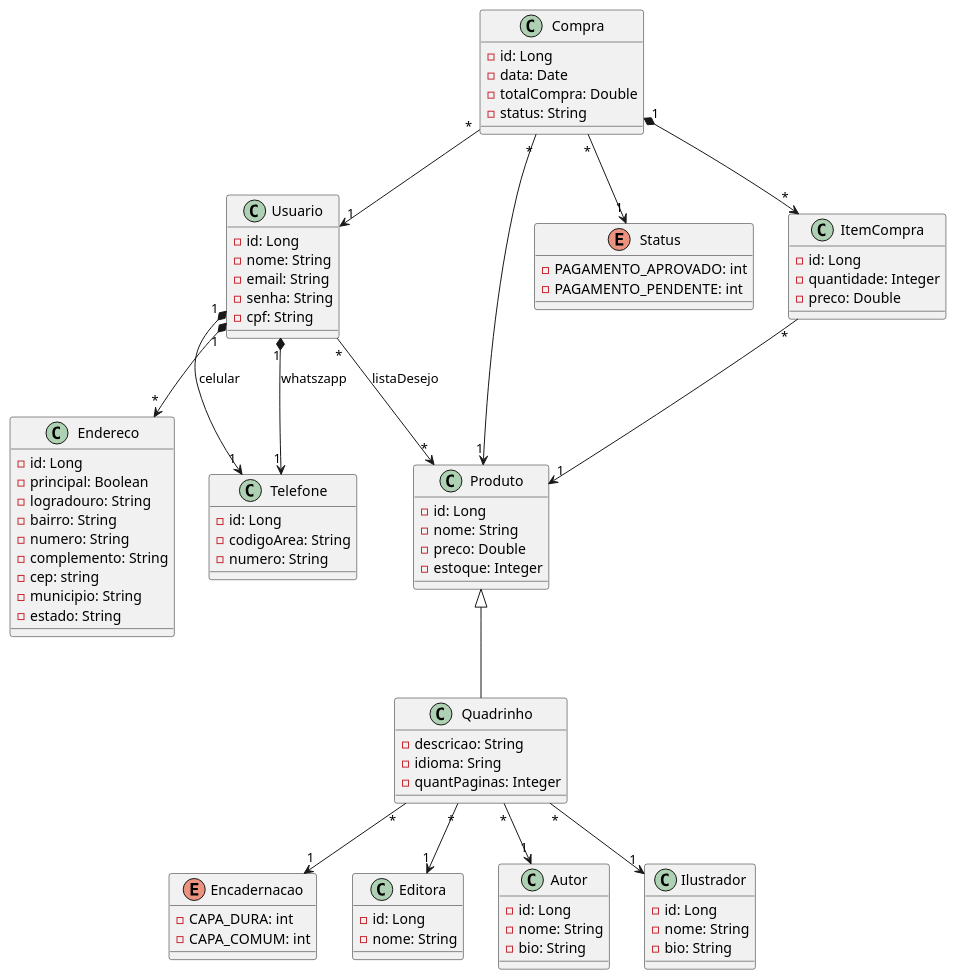
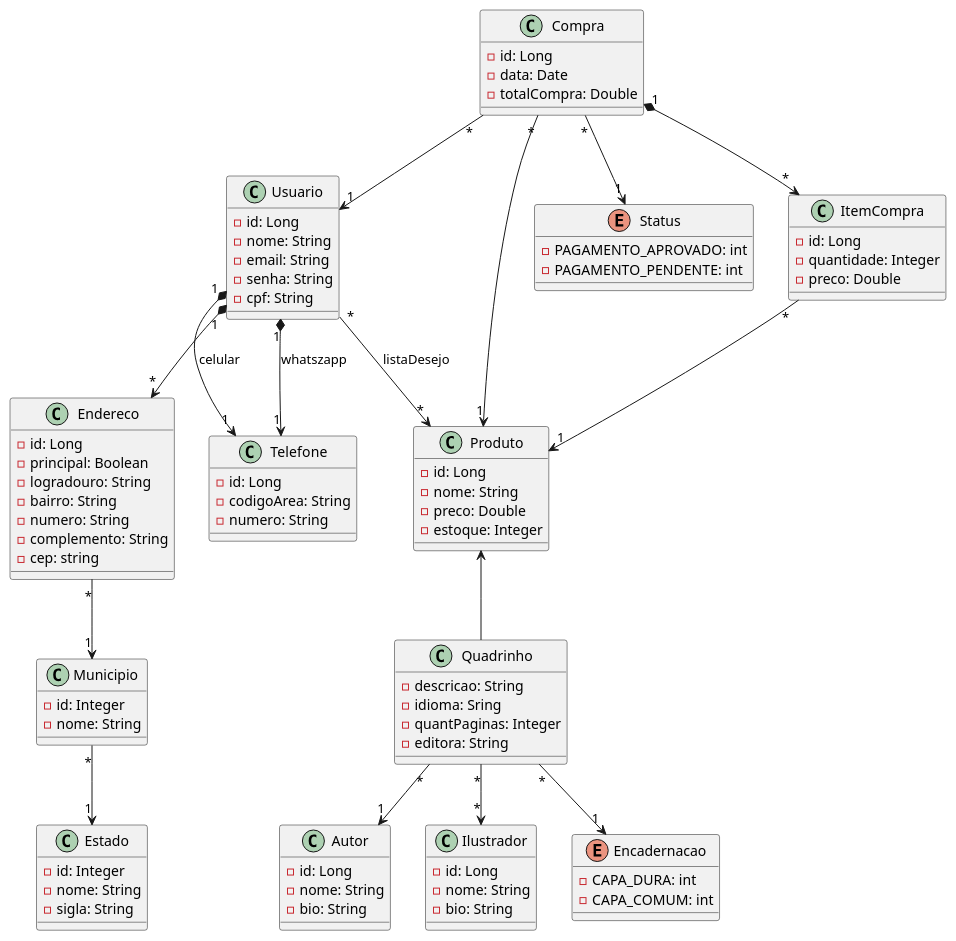
Before and after one commit to alissonlima086/trabalhoTopicos: the diagram in projetoQuadrinhos.plantuml, drawn with PlantUML. The commit also changed 8 other files, not shown here.

```diff
--- a/projetoQuadrinhos.plantuml
+++ b/projetoQuadrinhos.plantuml
@@ -1,104 +1,107 @@
 @startuml
 
     class Produto{
         - id: Long
         - nome: String
         - preco: Double
         - estoque: Integer
     }
 
     class Quadrinho{
         - descricao: String
         - idioma: Sring
         - quantPaginas: Integer
+        - editora: String
     }
 
     enum Encadernacao{
         - CAPA_DURA: int
         - CAPA_COMUM: int
     }
-
-    class Editora{
-        - id: Long
-        - nome: String  
-        }
 
     class Autor{
         - id: Long
         - nome: String
         - bio: String
     }
 
     Class Ilustrador{
         - id: Long
         - nome: String
         - bio: String
     }
 
     class Usuario{
         - id: Long
         - nome: String
         - email: String
         - senha: String
         - cpf: String
     }
     Class Telefone{
         - id: Long
         - codigoArea: String
         - numero: String
     }
     class Compra{
         - id: Long
         - data: Date
         - totalCompra: Double
-        - status: String
     }
 
     enum Status{
         - PAGAMENTO_APROVADO: int
         - PAGAMENTO_PENDENTE: int
     }
 
 
     class ItemCompra{
         - id: Long
         - quantidade: Integer
         - preco: Double
     }
+
     class Endereco{
         - id: Long
         - principal: Boolean
         - logradouro: String
         - bairro: String
         - numero: String
         - complemento: String
         - cep: string
-        - municipio: String
-        - estado: String
     }
 
+    Class Municipio{
+        - id: Integer
+        - nome: String
+    }
+
+    Class Estado{
+        - id: Integer
+        - nome: String
+        - sigla: String
+    }
+
+    Quadrinho -up-> Produto
     Quadrinho "*" --> "1" Encadernacao
 
     Usuario "*" --> "*" Produto: listaDesejo
-    Usuario "1"*--> "1" Telefone: celular
-    Usuario "1"*--> "1" Telefone: whatszapp
+    Usuario "1" *--> "1" Telefone: celular
+    Usuario "1" *--> "1" Telefone: whatszapp
     Usuario "1" *--> "*" Endereco
-
-
 
     Compra "1" *--> "*"ItemCompra
     Compra "*" --> "1" Usuario
     Compra "*" --> "1" Produto
     Compra "*" --> "1" Status
 
-
     ItemCompra "*" --> "1" Produto
 
-    Produto <|-- Quadrinho
-
+    Endereco "*" --> "1" Municipio
+    
+    Municipio "*" --> "1" Estado
 
     Quadrinho "*" --> "1" Autor
-    Quadrinho "*" --> "1" Ilustrador
-    Quadrinho "*" --> "1" Editora
+    Quadrinho "*" --> "*" Ilustrador
     
 @enduml
```
